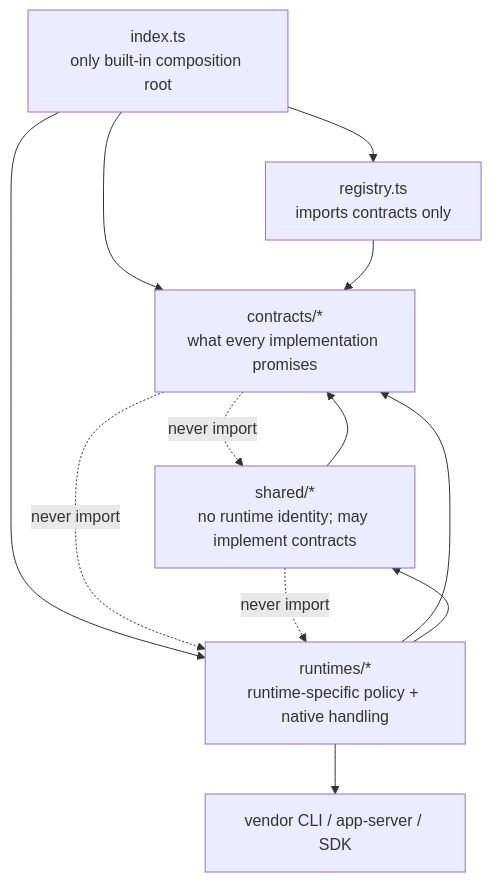
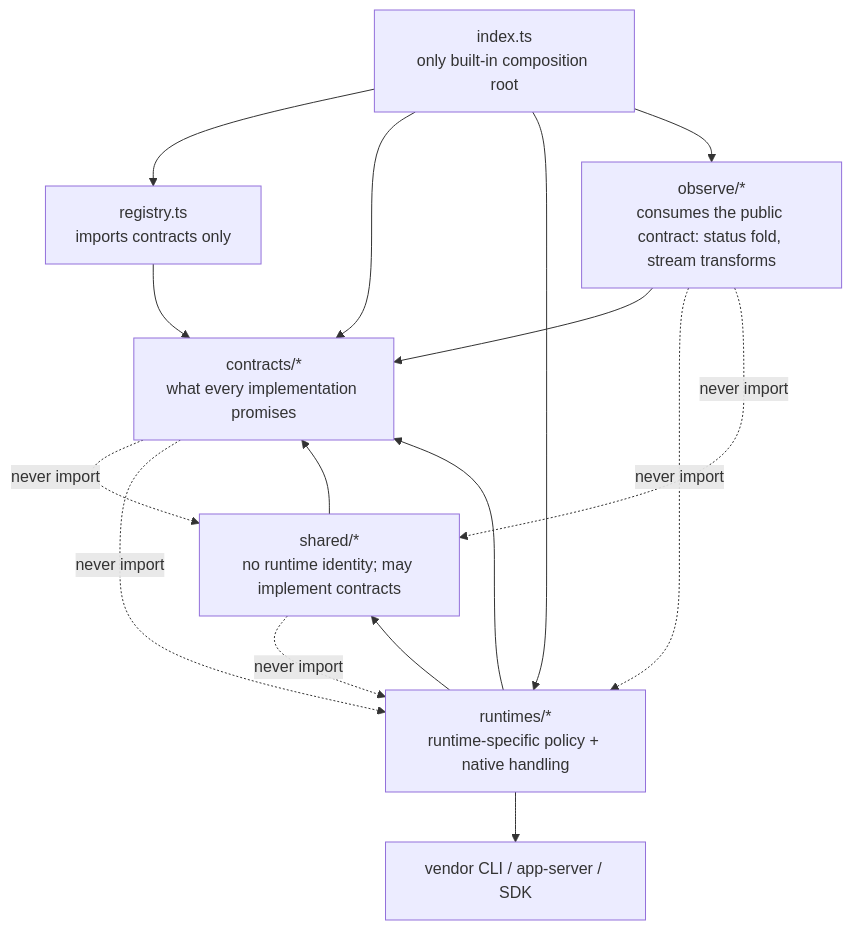
The diagram in packages/oar/src/AGENTS.md (botiverse/oar), drawn with Mermaid before and after one commit. The commit also changed other lines of this file and 10 other files, not shown here.

````diff
--- a/packages/oar/src/AGENTS.md
+++ b/packages/oar/src/AGENTS.md
@@ -12,22 +13,27 @@
 ```mermaid
 flowchart TB
   Entry[index.ts<br/>only built-in composition root]
   Registry[registry.ts<br/>imports contracts only]
   Contracts[contracts/*<br/>what every implementation promises]
   Runtimes[runtimes/*<br/>runtime-specific policy + native handling]
   Shared[shared/*<br/>no runtime identity; may implement contracts]
+  Observe[observe/*<br/>consumes the public contract: status fold, stream transforms]
   Native[vendor CLI / app-server / SDK]
 
   Entry --> Registry
   Entry --> Contracts
   Entry --> Runtimes
+  Entry --> Observe
   Registry --> Contracts
   Runtimes --> Contracts
   Runtimes --> Shared
   Runtimes --> Native
   Shared --> Contracts
+  Observe --> Contracts
 
   Contracts -. never import .-> Shared
   Contracts -. never import .-> Runtimes
   Shared -. never import .-> Runtimes
+  Observe -. never import .-> Runtimes
+  Observe -. never import .-> Shared
 ```
````
